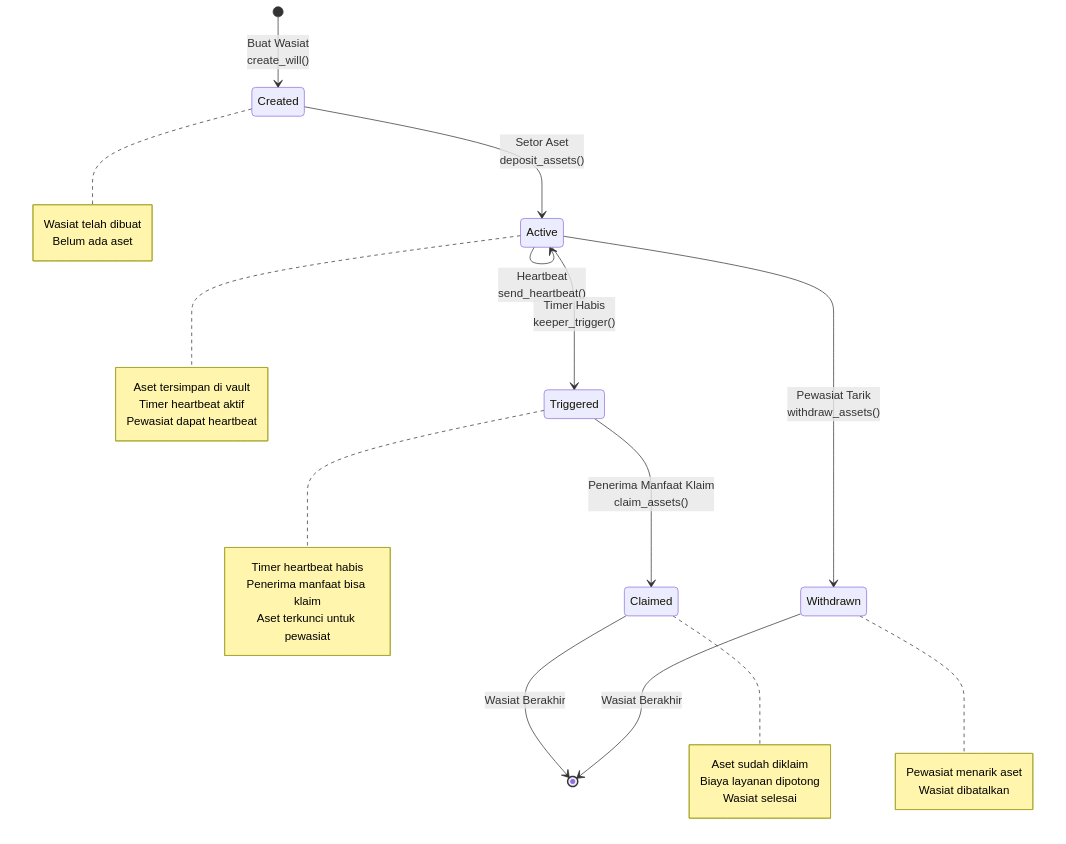
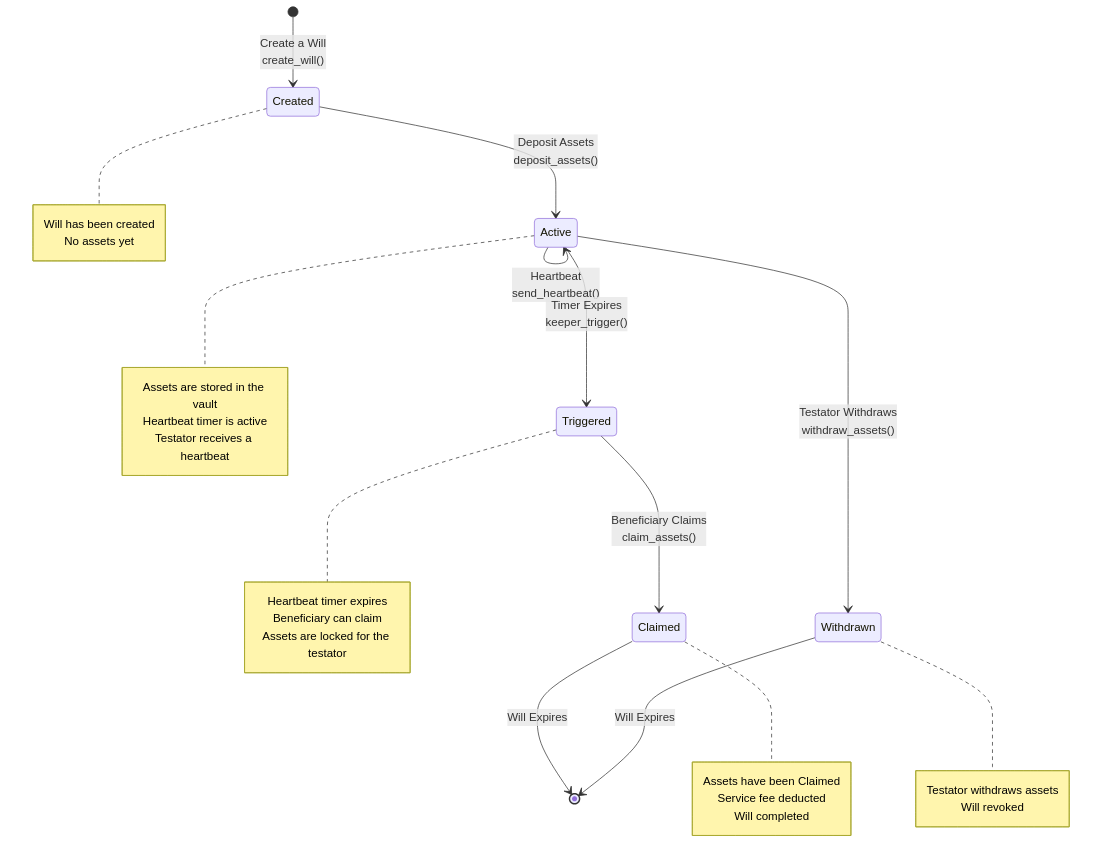
The third of 4 diagrams in docs/ARCHITECTURE.md (hutomosaktikartiko/wasiat-online), drawn with Mermaid before and after one commit. The commit also changed other lines of this file and 1 other file, not shown here.

Commit message:
readme: update main and architecture

````diff
--- a/docs/ARCHITECTURE.md
+++ b/docs/ARCHITECTURE.md
@@ -116,45 +116,45 @@
 ```mermaid
 stateDiagram-v2
-    [*] --> Created: Buat Wasiat<br/>create_will()
+    [*] --> Created: Create a Will<br/>create_will()
 
-    Created --> Active: Setor Aset<br/>deposit_assets()
+    Created --> Active: Deposit Assets<br/>deposit_assets()
 
     Active --> Active: Heartbeat<br/>send_heartbeat()
 
-    Active --> Triggered: Timer Habis<br/>keeper_trigger()
+    Active --> Triggered: Timer Expires<br/>keeper_trigger()
 
-    Active --> Withdrawn: Pewasiat Tarik<br/>withdraw_assets()
+    Active --> Withdrawn: Testator Withdraws<br/>withdraw_assets()
 
-    Triggered --> Claimed: Penerima Manfaat Klaim<br/>claim_assets()
+    Triggered --> Claimed: Beneficiary Claims<br/>claim_assets()
 
-    Withdrawn --> [*]: Wasiat Berakhir
-    Claimed --> [*]: Wasiat Berakhir
+    Withdrawn --> [*]: Will Expires
+    Claimed --> [*]: Will Expires
 
     note right of Created
-        Wasiat telah dibuat
-        Belum ada aset
+        Will has been created
+        No assets yet
     end note
 
     note right of Active
-        Aset tersimpan di vault
-        Timer heartbeat aktif
-        Pewasiat dapat heartbeat
+        Assets are stored in the vault
+        Heartbeat timer is active
+        Testator receives a heartbeat
     end note
 
     note right of Triggered
-        Timer heartbeat habis
-        Penerima manfaat bisa klaim
-        Aset terkunci untuk pewasiat
+        Heartbeat timer expires
+        Beneficiary can claim
+        Assets are locked for the testator
     end note
 
     note right of Claimed
-        Aset sudah diklaim
-        Biaya layanan dipotong
-        Wasiat selesai
+        Assets have been Claimed
+        Service fee deducted
+        Will completed
     end note
 
     note right of Withdrawn
-        Pewasiat menarik aset
-        Wasiat dibatalkan
+        Testator withdraws assets
+        Will revoked
     end note
 ```
````
